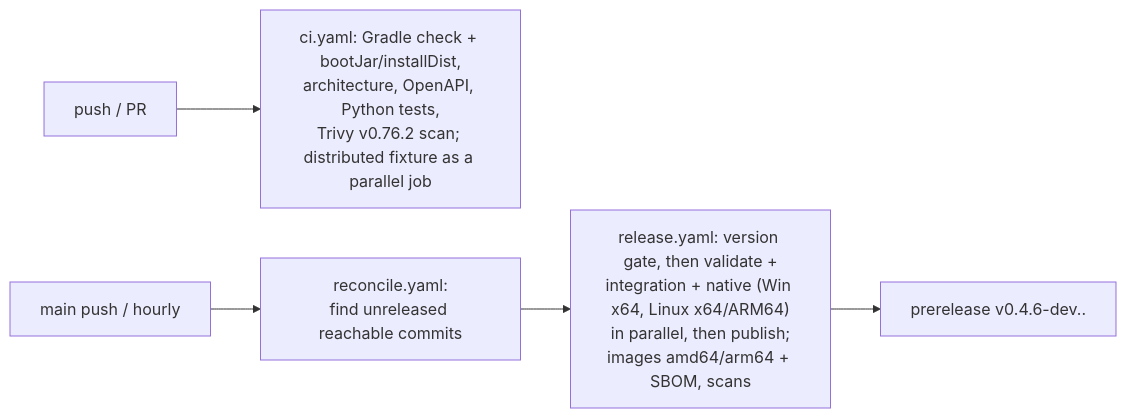
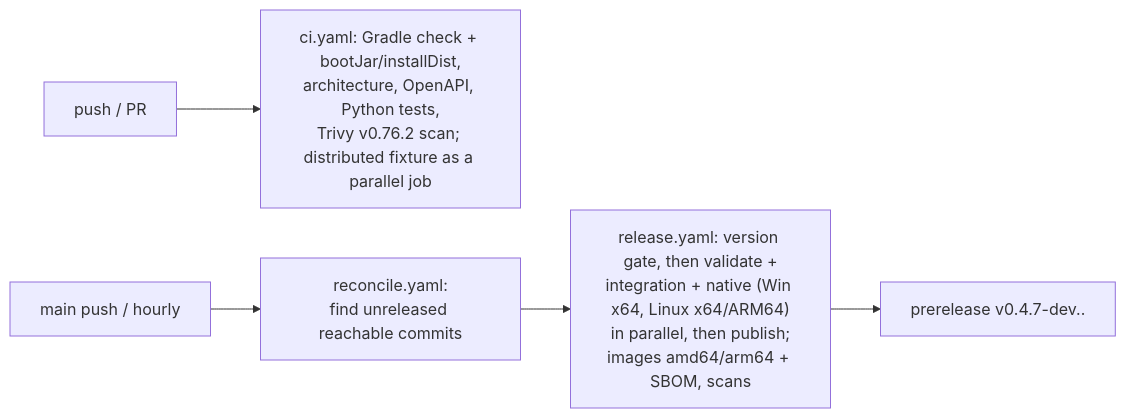
One commit to athegreat90/minecraft-modsync changed diagram 12 of 12 in docs/GUIDE.md. Above: the diagram before and after it, drawn with Mermaid. The commit also changed 23 other files, not shown here.

````diff
--- a/docs/GUIDE.md
+++ b/docs/GUIDE.md
@@ -384,7 +384,7 @@
 ```mermaid
 flowchart LR
   PR[push / PR] --> CI["ci.yaml: Gradle check + bootJar/installDist,\narchitecture, OpenAPI, Python tests,\nTrivy v0.76.2 scan; distributed fixture as a parallel job"]
   main[main push / hourly] --> REC["reconcile.yaml:\nfind unreleased reachable commits"]
   REC --> REL["release.yaml: version gate, then validate +\nintegration + native (Win x64, Linux x64/ARM64)\nin parallel, then publish;\nimages amd64/arm64 + SBOM, scans"]
-  REL --> PRE["prerelease v0.4.6-dev.<time>.<sha>"]
+  REL --> PRE["prerelease v0.4.7-dev.<time>.<sha>"]
 ```
````
